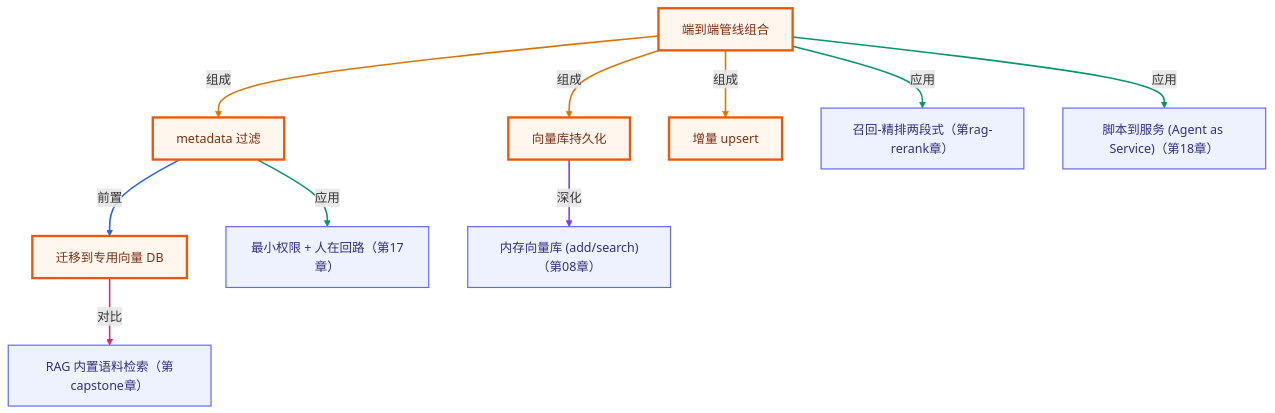
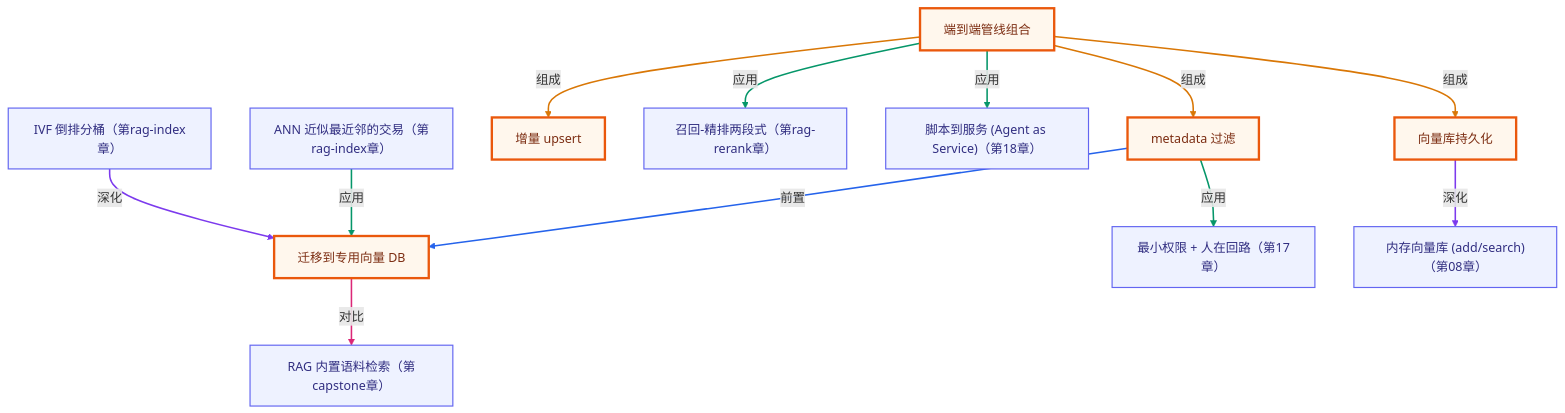
One commit to songuu/agent changed the second of 2 diagrams in rag-advanced/06-production-rag/README.md. Above: the diagram before and after it, drawn with Mermaid. The commit also changed other lines of this file and 22 other files, not shown here.

First line of the commit message:
Update knowledge graph and plans for RAG security and indexing enhancements

````diff
--- a/rag-advanced/06-production-rag/README.md
+++ b/rag-advanced/06-production-rag/README.md
@@ -167,35 +167,41 @@
 ```mermaid
 graph TB
   classDef own fill:#fff7ed,stroke:#ea580c,stroke-width:3px,color:#7c2d12;
   classDef cross fill:#eef2ff,stroke:#6366f1,stroke-width:1.5px,color:#312e81;
   n_cragprod_metadata_filter["metadata 过滤"]
   n_cragprod_persistence["向量库持久化"]
   n_cragprod_incremental_upsert["增量 upsert"]
   n_cragprod_pipeline_compose["端到端管线组合"]
   n_cragprod_vectordb_migration["迁移到专用向量 DB"]
   n_cragrerank_recall_precision["召回-精排两段式（第rag-rerank章）"]
   n_c17_human_in_the_loop["最小权限 + 人在回路（第17章）"]
   n_c08_vector_store["内存向量库 (add/search)（第08章）"]
   n_c18_agent_as_service["脚本到服务 (Agent as Service)（第18章）"]
   n_ccapstone_rag_corpus["RAG 内置语料检索（第capstone章）"]
+  n_cragidx_ann_tradeoff["ANN 近似最近邻的交易（第rag-index章）"]
+  n_cragidx_ivf_bucketing["IVF 倒排分桶（第rag-index章）"]
   n_cragprod_pipeline_compose -->|组成| n_cragprod_metadata_filter
   n_cragprod_pipeline_compose -->|组成| n_cragprod_persistence
   n_cragprod_pipeline_compose -->|组成| n_cragprod_incremental_upsert
   n_cragprod_metadata_filter -->|前置| n_cragprod_vectordb_migration
   n_cragprod_pipeline_compose -->|应用| n_cragrerank_recall_precision
   n_cragprod_metadata_filter -->|应用| n_c17_human_in_the_loop
   n_cragprod_persistence -->|深化| n_c08_vector_store
   n_cragprod_pipeline_compose -->|应用| n_c18_agent_as_service
   n_cragprod_vectordb_migration -->|对比| n_ccapstone_rag_corpus
+  n_cragidx_ann_tradeoff -->|应用| n_cragprod_vectordb_migration
+  n_cragidx_ivf_bucketing -->|深化| n_cragprod_vectordb_migration
   class n_cragprod_metadata_filter,n_cragprod_persistence,n_cragprod_incremental_upsert,n_cragprod_pipeline_compose,n_cragprod_vectordb_migration own;
-  class n_cragrerank_recall_precision,n_c17_human_in_the_loop,n_c08_vector_store,n_c18_agent_as_service,n_ccapstone_rag_corpus cross;
+  class n_cragrerank_recall_precision,n_c17_human_in_the_loop,n_c08_vector_store,n_c18_agent_as_service,n_ccapstone_rag_corpus,n_cragidx_ann_tradeoff,n_cragidx_ivf_bucketing cross;
   linkStyle 0 stroke:#d97706,stroke-width:2px;
   linkStyle 1 stroke:#d97706,stroke-width:2px;
   linkStyle 2 stroke:#d97706,stroke-width:2px;
   linkStyle 3 stroke:#2563eb,stroke-width:2px;
   linkStyle 4 stroke:#059669,stroke-width:2px;
   linkStyle 5 stroke:#059669,stroke-width:2px;
   linkStyle 6 stroke:#7c3aed,stroke-width:2px;
   linkStyle 7 stroke:#059669,stroke-width:2px;
   linkStyle 8 stroke:#db2777,stroke-width:2px;
+  linkStyle 9 stroke:#059669,stroke-width:2px;
+  linkStyle 10 stroke:#7c3aed,stroke-width:2px;
 ```
````
